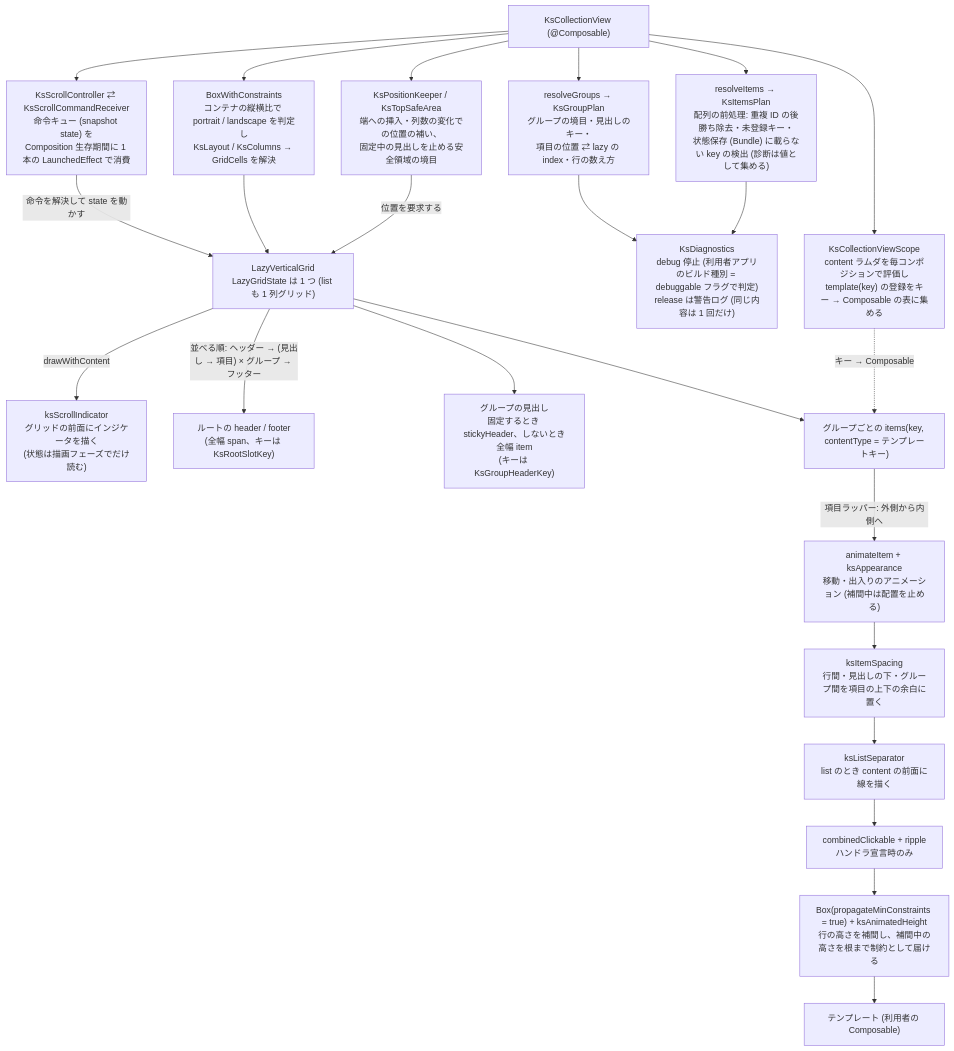
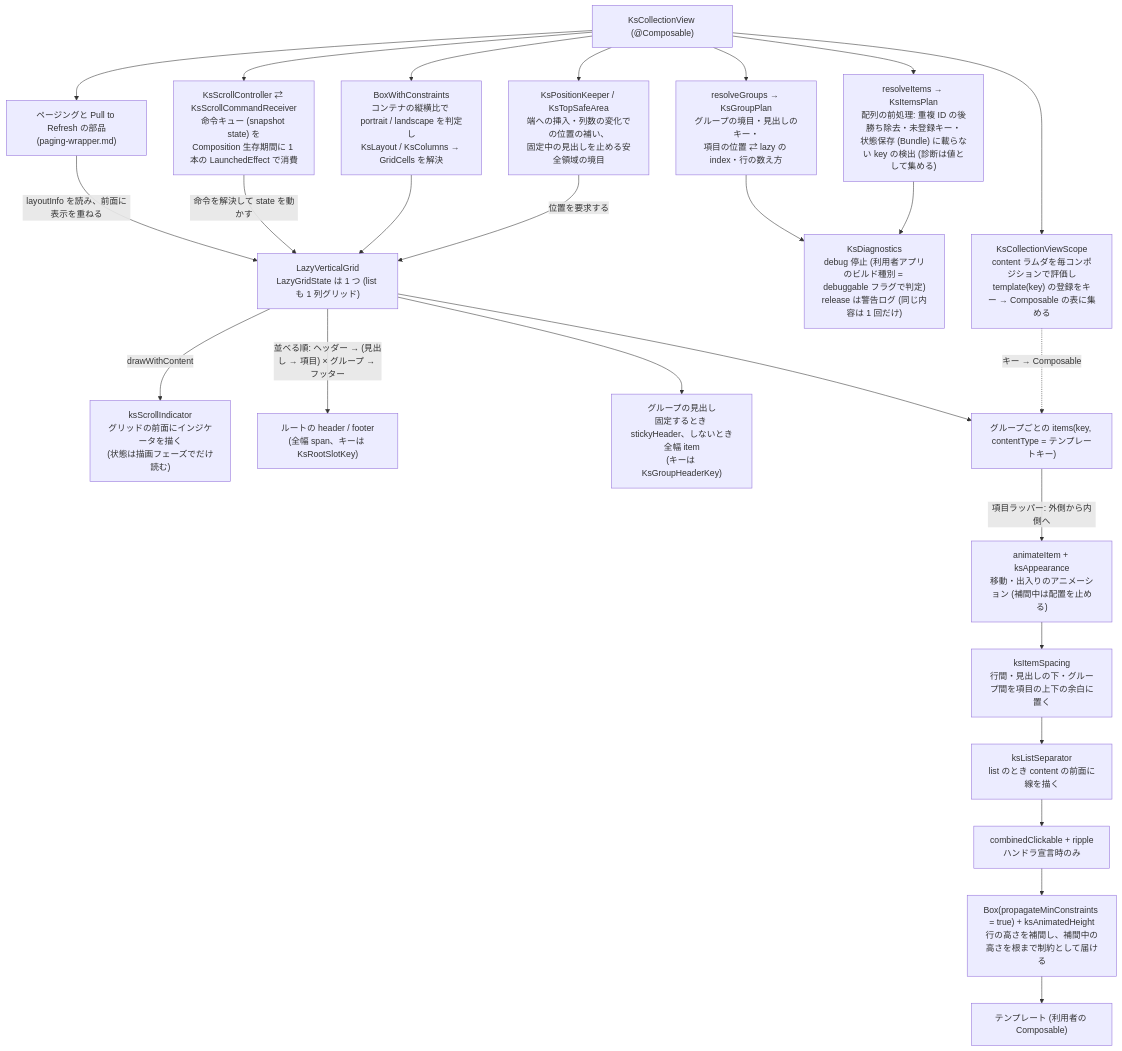
The diagram in kasane/concepts/android/architecture/compose-wrapper.md (kamusoft/KsCollectionView), drawn with Mermaid before and after one commit. The commit also changed other lines of this file and 149 other files, not shown here.

````diff
--- a/kasane/concepts/android/architecture/compose-wrapper.md
+++ b/kasane/concepts/android/architecture/compose-wrapper.md
@@ -19,35 +19,37 @@
 ```mermaid
 flowchart TD
     KCV["KsCollectionView (@Composable)"]
     SCOPE["KsCollectionViewScope<br/>content ラムダを毎コンポジションで評価し<br/>template(key) の登録をキー → Composable の表に集める"]
     PLAN["resolveItems → KsItemsPlan<br/>配列の前処理: 重複 ID の後勝ち除去・未登録キー・<br/>状態保存 (Bundle) に載らない key の検出 (診断は値として集める)"]
     GPLAN["resolveGroups → KsGroupPlan<br/>グループの境目・見出しのキー・<br/>項目の位置 ⇄ lazy の index・行の数え方"]
     KEEP["KsPositionKeeper / KsTopSafeArea<br/>端への挿入・列数の変化での位置の補い、<br/>固定中の見出しを止める安全領域の境目"]
     DIAG["KsDiagnostics<br/>debug 停止 (利用者アプリのビルド種別 = debuggable フラグで判定)<br/>release は警告ログ (同じ内容は 1 回だけ)"]
     BWC["BoxWithConstraints<br/>コンテナの縦横比で portrait / landscape を判定し<br/>KsLayout / KsColumns → GridCells を解決"]
     CTRL["KsScrollController ⇄ KsScrollCommandReceiver<br/>命令キュー (snapshot state) を<br/>Composition 生存期間に 1 本の LaunchedEffect で消費"]
     GRID["LazyVerticalGrid<br/>LazyGridState は 1 つ (list も 1 列グリッド)"]
     IND["ksScrollIndicator<br/>グリッドの前面にインジケータを描く<br/>(状態は描画フェーズでだけ読む)"]
     ROOT["ルートの header / footer<br/>(全幅 span、キーは KsRootSlotKey)"]
     GHDR["グループの見出し<br/>固定するとき stickyHeader、しないとき全幅 item<br/>(キーは KsGroupHeaderKey)"]
     ITEMS["グループごとの items(key, contentType = テンプレートキー)"]
     ANIM["animateItem + ksAppearance<br/>移動・出入りのアニメーション (補間中は配置を止める)"]
     SPACE["ksItemSpacing<br/>行間・見出しの下・グループ間を項目の上下の余白に置く"]
     SEP["ksListSeparator<br/>list のとき content の前面に線を描く"]
     TAP["combinedClickable + ripple<br/>ハンドラ宣言時のみ"]
     BOX["Box(propagateMinConstraints = true) + ksAnimatedHeight<br/>行の高さを補間し、補間中の高さを根まで制約として届ける"]
     TPL["テンプレート (利用者の Composable)"]
+    PAGE["ページングと Pull to Refresh の部品<br/>(paging-wrapper.md)"]
 
     KCV --> SCOPE
     KCV --> PLAN --> DIAG
     KCV --> GPLAN --> DIAG
     KCV --> KEEP -- 位置を要求する --> GRID
     KCV --> BWC --> GRID
     KCV --> CTRL -- 命令を解決して state を動かす --> GRID
     SCOPE -. キー → Composable .-> ITEMS
     GRID -- drawWithContent --> IND
     GRID -- "並べる順: ヘッダー → (見出し → 項目) × グループ → フッター" --> ROOT
     GRID --> GHDR
     GRID --> ITEMS
     ITEMS -- 項目ラッパー: 外側から内側へ --> ANIM --> SPACE --> SEP --> TAP --> BOX --> TPL
+    KCV --> PAGE -- layoutInfo を読み、前面に表示を重ねる --> GRID
 ```
````
